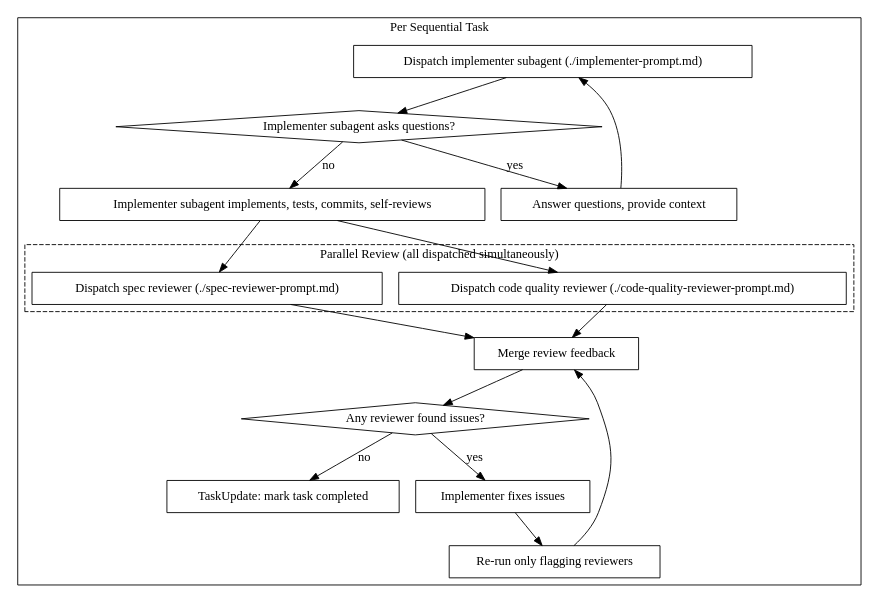
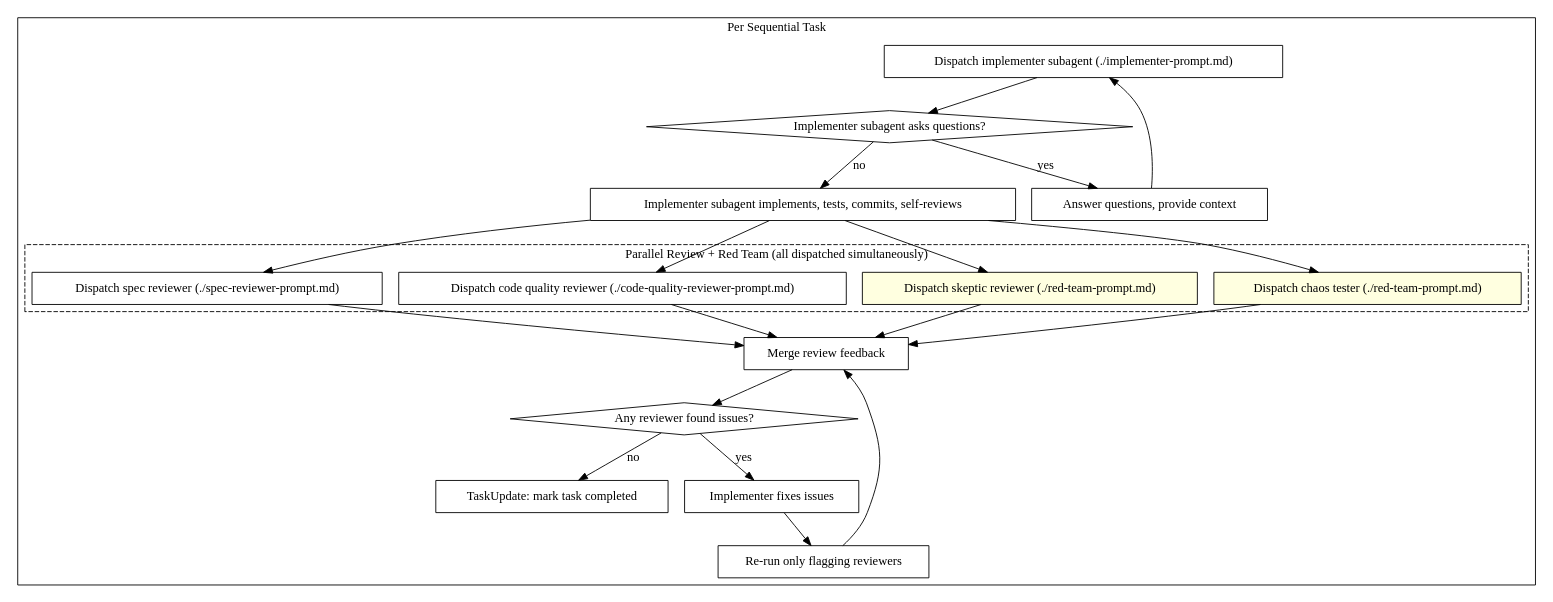
The third of 3 diagrams in skills/subagent-driven-development/SKILL.md (alxmyth/superpowers), drawn with Graphviz before and after one commit. The commit also changed other lines of this file, not shown here.

Commit message:
feat(subagent-driven-dev): integrate red team agents into review pipeline

````diff
--- a/skills/subagent-driven-development/SKILL.md
+++ b/skills/subagent-driven-development/SKILL.md
@@ -83,40 +83,46 @@
 ```dot
 digraph sequential_task {
     rankdir=TB;
 
     subgraph cluster_per_task {
         label="Per Sequential Task";
         "Dispatch implementer subagent (./implementer-prompt.md)" [shape=box];
         "Implementer subagent asks questions?" [shape=diamond];
         "Answer questions, provide context" [shape=box];
         "Implementer subagent implements, tests, commits, self-reviews" [shape=box];
 
         subgraph cluster_parallel_review {
-            label="Parallel Review (all dispatched simultaneously)";
+            label="Parallel Review + Red Team (all dispatched simultaneously)";
             style=dashed;
             "Dispatch spec reviewer (./spec-reviewer-prompt.md)" [shape=box];
             "Dispatch code quality reviewer (./code-quality-reviewer-prompt.md)" [shape=box];
+            "Dispatch skeptic reviewer (./red-team-prompt.md)" [shape=box style=filled fillcolor=lightyellow];
+            "Dispatch chaos tester (./red-team-prompt.md)" [shape=box style=filled fillcolor=lightyellow];
         }
 
         "Merge review feedback" [shape=box];
         "Any reviewer found issues?" [shape=diamond];
         "Implementer fixes issues" [shape=box];
         "Re-run only flagging reviewers" [shape=box];
         "TaskUpdate: mark task completed" [shape=box];
     }
 
     "Dispatch implementer subagent (./implementer-prompt.md)" -> "Implementer subagent asks questions?";
     "Implementer subagent asks questions?" -> "Answer questions, provide context" [label="yes"];
     "Answer questions, provide context" -> "Dispatch implementer subagent (./implementer-prompt.md)";
     "Implementer subagent asks questions?" -> "Implementer subagent implements, tests, commits, self-reviews" [label="no"];
     "Implementer subagent implements, tests, commits, self-reviews" -> "Dispatch spec reviewer (./spec-reviewer-prompt.md)";
     "Implementer subagent implements, tests, commits, self-reviews" -> "Dispatch code quality reviewer (./code-quality-reviewer-prompt.md)";
+    "Implementer subagent implements, tests, commits, self-reviews" -> "Dispatch skeptic reviewer (./red-team-prompt.md)";
+    "Implementer subagent implements, tests, commits, self-reviews" -> "Dispatch chaos tester (./red-team-prompt.md)";
     "Dispatch spec reviewer (./spec-reviewer-prompt.md)" -> "Merge review feedback";
     "Dispatch code quality reviewer (./code-quality-reviewer-prompt.md)" -> "Merge review feedback";
+    "Dispatch skeptic reviewer (./red-team-prompt.md)" -> "Merge review feedback";
+    "Dispatch chaos tester (./red-team-prompt.md)" -> "Merge review feedback";
     "Merge review feedback" -> "Any reviewer found issues?";
     "Any reviewer found issues?" -> "Implementer fixes issues" [label="yes"];
     "Implementer fixes issues" -> "Re-run only flagging reviewers";
     "Re-run only flagging reviewers" -> "Merge review feedback";
     "Any reviewer found issues?" -> "TaskUpdate: mark task completed" [label="no"];
 }
 ```
````
